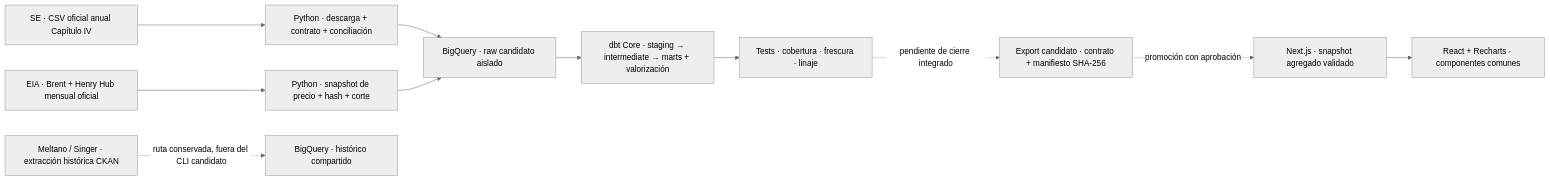
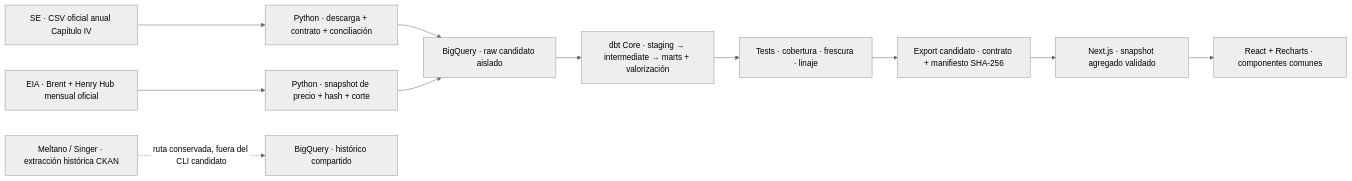
One commit to nrohland/vaca-muerta-en-datos changed the diagram in README.md. Above: the diagram before and after it, drawn with Mermaid (neutral theme). The commit also changed other lines of this file and 32 other files, not shown here.

````diff
--- a/README.md
+++ b/README.md
@@ -39,13 +39,13 @@
 ```mermaid
 flowchart LR
   SE["SE · CSV oficial anual Capítulo IV"] --> EX["Python · descarga + contrato + conciliación"]
   EIA["EIA · Brent + Henry Hub mensual oficial"] --> PX["Python · snapshot de precio + hash + corte"]
   EX --> RAW["BigQuery · raw candidato aislado"]
   PX --> RAW
   RAW --> DBT["dbt Core · staging → intermediate → marts + valorización"]
   DBT --> CHECK["Tests · cobertura · frescura · linaje"]
-  CHECK -. "pendiente de cierre integrado" .-> REL["Export candidato · contrato + manifiesto SHA-256"]
-  REL -. "promoción con aprobación" .-> WEB["Next.js · snapshot agregado validado"]
+  CHECK --> REL["Export candidato · contrato + manifiesto SHA-256"]
+  REL --> WEB["Next.js · snapshot agregado validado"]
   WEB --> UI["React + Recharts · componentes comunes"]
   LEGACY["Meltano / Singer · extracción histórica CKAN"] -. "ruta conservada, fuera del CLI candidato" .-> RAWOLD["BigQuery · histórico compartido"]
 ```
````
